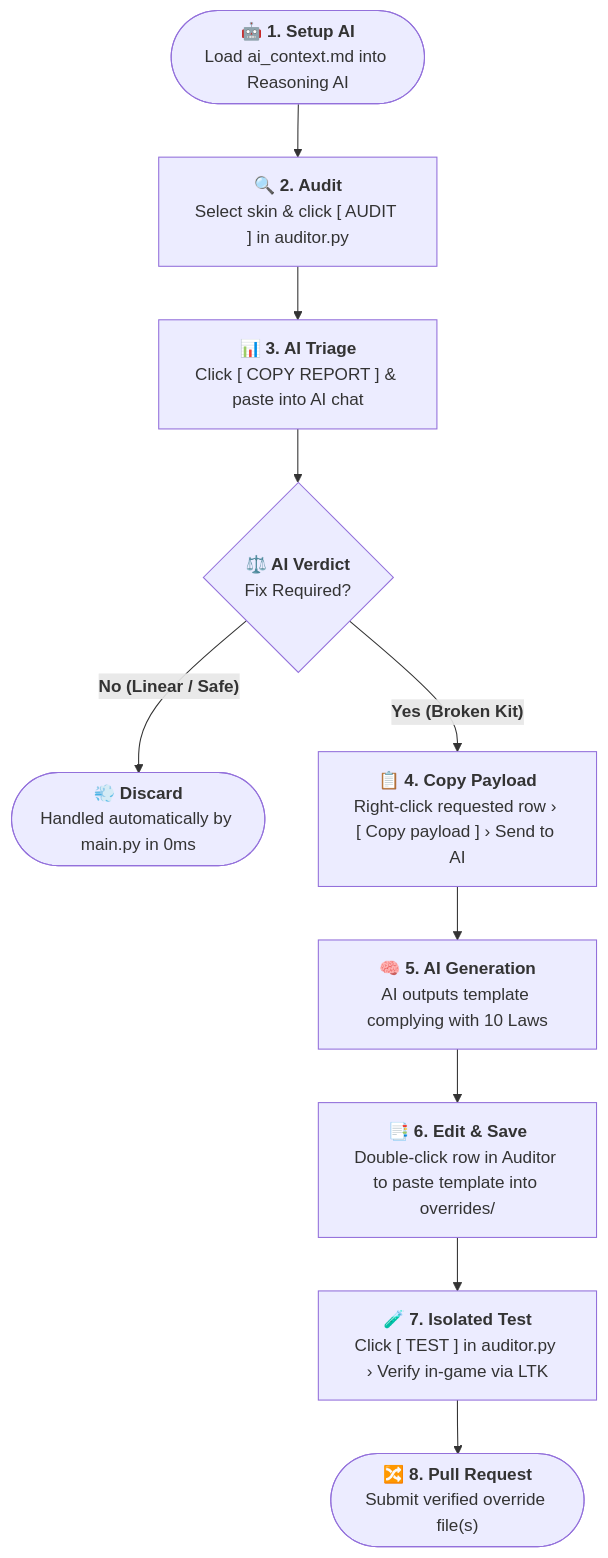
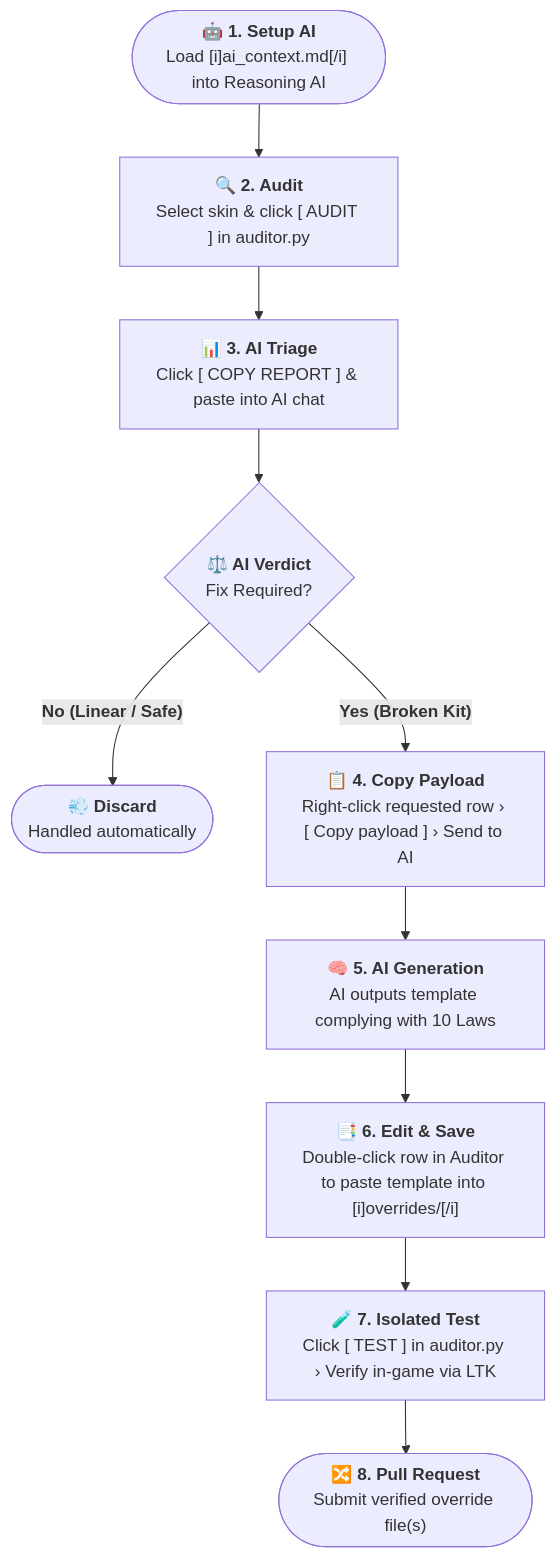
Before and after one commit to gsmeven/vanilla-true-builder: the diagram in CONTRIBUTING.md, drawn with Mermaid.

Commit message:
release: v1.8.3

````diff
--- a/CONTRIBUTING.md
+++ b/CONTRIBUTING.md
@@ -23,12 +23,12 @@
 ```mermaid
 flowchart TD
-    A(["<b>🤖 1. Setup AI</b>\nLoad ai_context.md into Reasoning AI"]) --> B["<b>🔍 2. Audit</b>\nSelect skin & click [ AUDIT ] in auditor.py"]
+    A(["<b>🤖 1. Setup AI</b>\nLoad [i]ai_context.md[/i] into Reasoning AI"]) --> B["<b>🔍 2. Audit</b>\nSelect skin & click [ AUDIT ] in auditor.py"]
     B --> C["<b>📊 3. AI Triage</b>\nClick [ COPY REPORT ] & paste into AI chat"]
     C --> D{"<b>⚖️ AI Verdict</b>\nFix Required?"}
-    D -- "<b>No (Linear / Safe)</b>" --> E(["<b>💨 Discard</b>\nHandled automatically by main.py in 0ms"])
+    D -- "<b>No (Linear / Safe)</b>" --> E(["<b>💨 Discard</b>\nHandled automatically"])
     D -- "<b>Yes (Broken Kit)</b>" --> F["<b>📋 4. Copy Payload</b>\nRight-click requested row › [ Copy payload ] › Send to AI"]
     F --> G["<b>🧠 5. AI Generation</b>\nAI outputs template complying with 10 Laws"]
-    G --> H["<b>📑 6. Edit & Save</b>\nDouble-click row in Auditor to paste template into overrides/"]
+    G --> H["<b>📑 6. Edit & Save</b>\nDouble-click row in Auditor to paste template into [i]overrides/[/i]"]
     H --> I["<b>🧪 7. Isolated Test</b>\nClick [ TEST ] in auditor.py › Verify in-game via LTK"]
     I --> J(["<b>🔀 8. Pull Request</b>\nSubmit verified override file(s)"])
 ```
````
